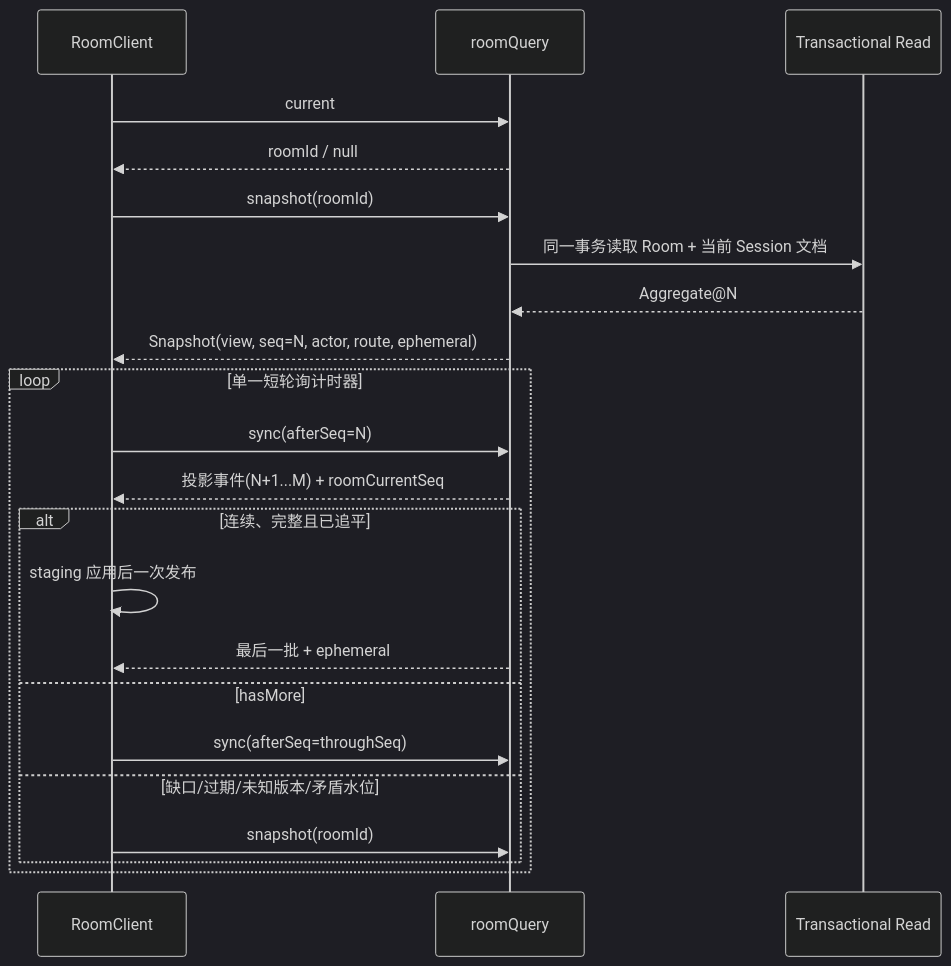
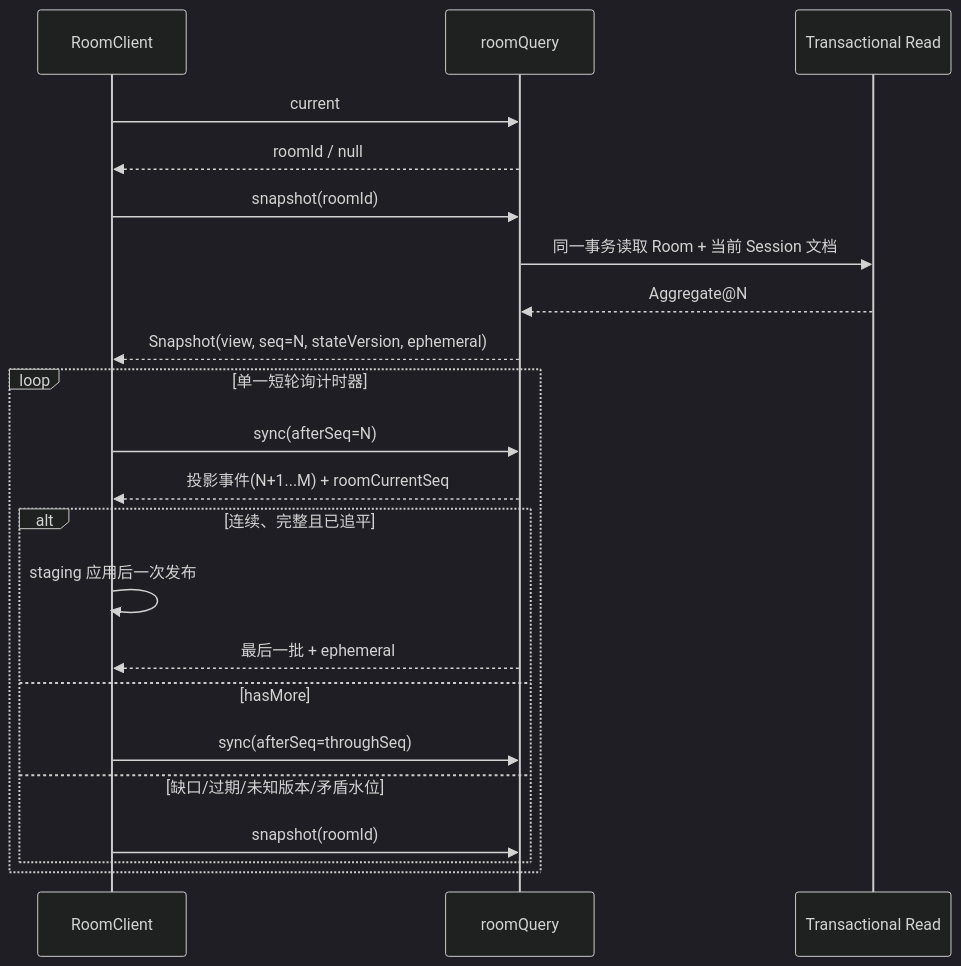
The tenth of 21 diagrams in docs/ROOM_PROTOCOL_V3_IMPLEMENTATION.md (Bubble-419/cardboard-miniprogram), drawn with Mermaid (dark theme) before and after one commit. The commit also changed other lines of this file and 26 other files, not shown here.

````diff
--- a/docs/ROOM_PROTOCOL_V3_IMPLEMENTATION.md
+++ b/docs/ROOM_PROTOCOL_V3_IMPLEMENTATION.md
@@ -171,26 +272,26 @@
 ```mermaid
 sequenceDiagram
   participant C as RoomClient
   participant Q as roomQuery
   participant DB as Transactional Read
 
   C->>Q: current
   Q-->>C: roomId / null
   C->>Q: snapshot(roomId)
   Q->>DB: 同一事务读取 Room + 当前 Session 文档
   DB-->>Q: Aggregate@N
-  Q-->>C: Snapshot(view, seq=N, actor, route, ephemeral)
+  Q-->>C: Snapshot(view, seq=N, stateVersion, ephemeral)
 
   loop 单一短轮询计时器
     C->>Q: sync(afterSeq=N)
     Q-->>C: 投影事件(N+1...M) + roomCurrentSeq
     alt 连续、完整且已追平
       C->>C: staging 应用后一次发布
       Q-->>C: 最后一批 + ephemeral
     else hasMore
       C->>Q: sync(afterSeq=throughSeq)
     else 缺口/过期/未知版本/矛盾水位
       C->>Q: snapshot(roomId)
     end
   end
 ```
````
